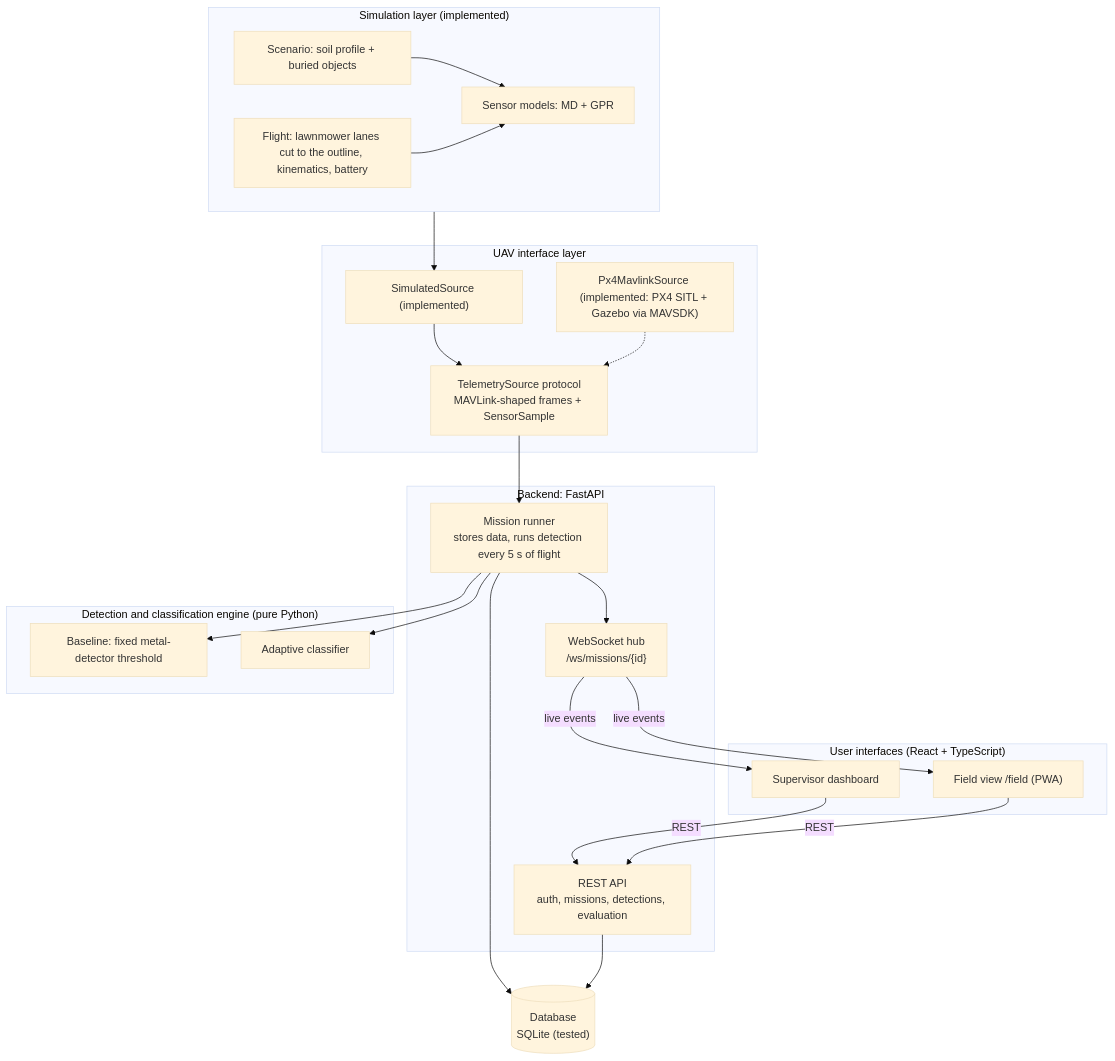
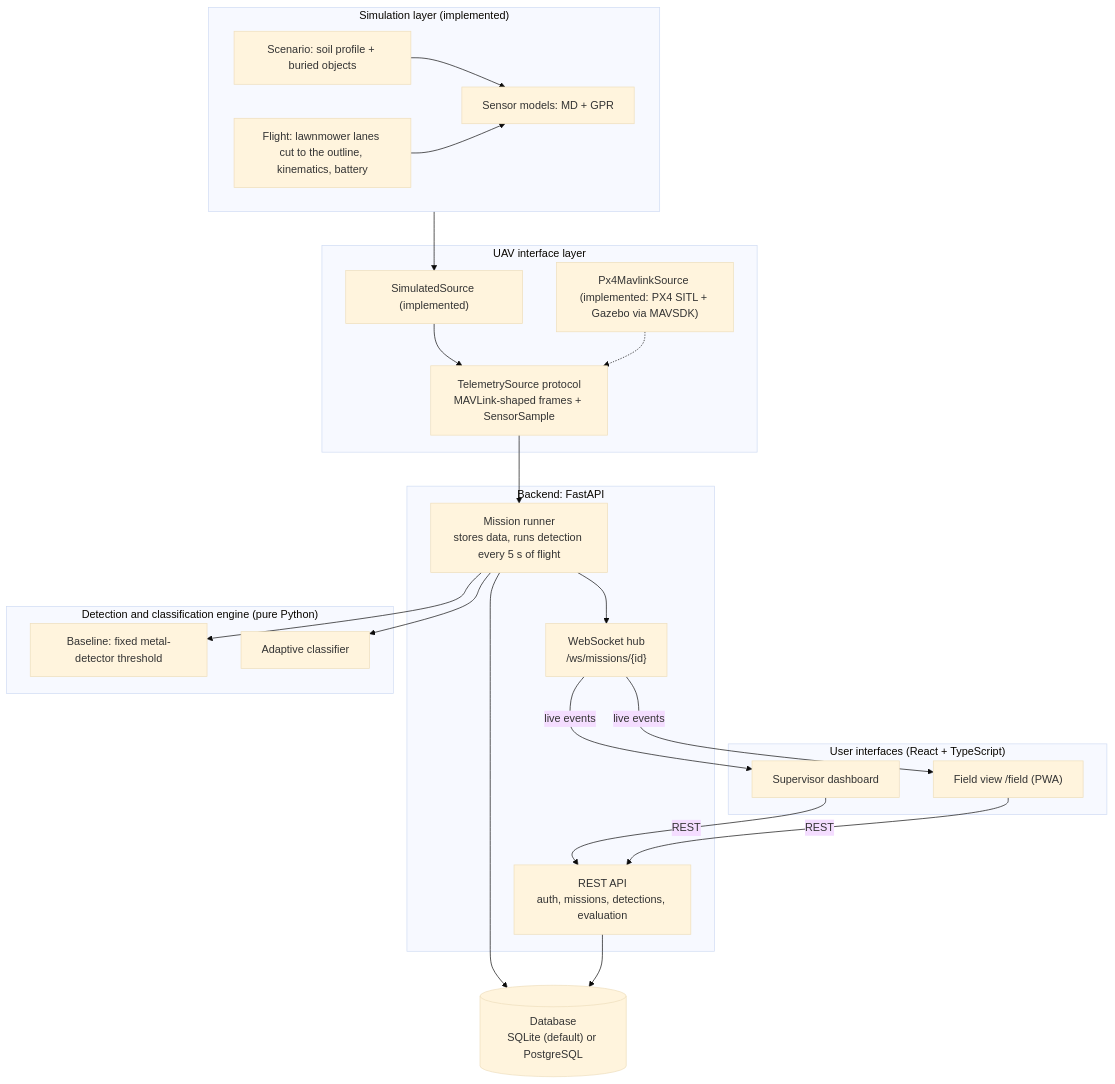
The first of 4 diagrams in docs/ARCHITECTURE.md (Mnsour-Aldossari/gradProjectPrototype), drawn with Mermaid (base theme) before and after one commit. The commit also changed other lines of this file and 1 other file, not shown here.

First line of the commit message:
Docs: PostgreSQL, Docker and the Gazebo window are no longer listed as untried

````diff
--- a/docs/ARCHITECTURE.md
+++ b/docs/ARCHITECTURE.md
@@ -46,48 +46,48 @@
 ```mermaid
 flowchart TB
     subgraph SIM["Simulation layer (implemented)"]
         SC["Scenario: soil profile + buried objects"]
         FL["Flight: lawnmower lanes cut to the outline, kinematics, battery"]
         SE["Sensor models: MD + GPR"]
     end
 
     subgraph UAV["UAV interface layer"]
         TS["TelemetrySource protocol<br/>MAVLink-shaped frames + SensorSample"]
         SS["SimulatedSource (implemented)"]
         PX["Px4MavlinkSource (implemented: PX4 SITL + Gazebo via MAVSDK)"]
     end
 
     subgraph BE["Backend: FastAPI"]
         API["REST API<br/>auth, missions, detections, evaluation"]
         RUN["Mission runner<br/>stores data, runs detection every 5 s of flight"]
         HUB["WebSocket hub<br/>/ws/missions/{id}"]
     end
 
     subgraph DET["Detection and classification engine (pure Python)"]
         BL["Baseline: fixed metal-detector threshold"]
         AD["Adaptive classifier"]
     end
 
-    DB[("Database<br/>SQLite (tested)")]
+    DB[("Database<br/>SQLite (default) or PostgreSQL")]
 
     subgraph UI["User interfaces (React + TypeScript)"]
         WEB["Supervisor dashboard"]
         FIELD["Field view /field (PWA)"]
     end
 
     SC --> SE
     FL --> SE
     SIM --> SS
     SS --> TS
     PX -.-> TS
     TS --> RUN
     RUN --> AD
     RUN --> BL
     RUN --> DB
     RUN --> HUB
     API --> DB
     WEB -- REST --> API
     FIELD -- REST --> API
     HUB -- live events --> WEB
     HUB -- live events --> FIELD
 ```
````
